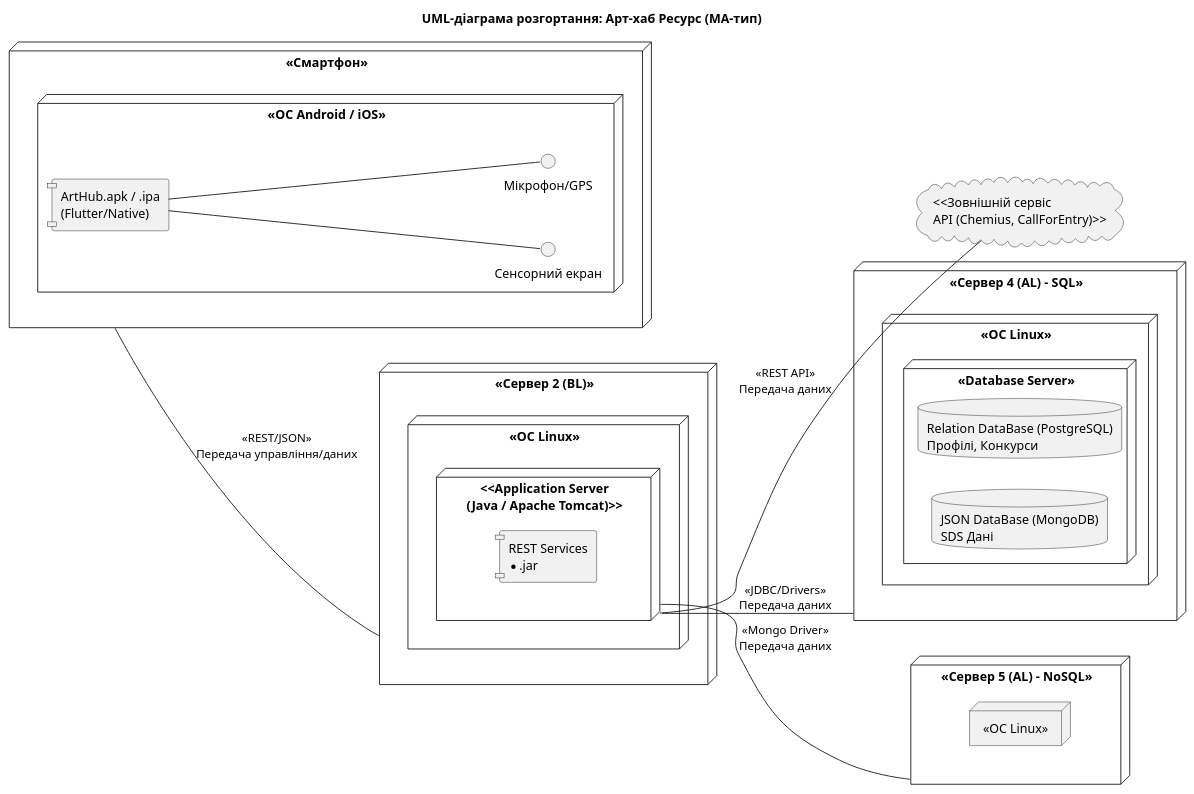
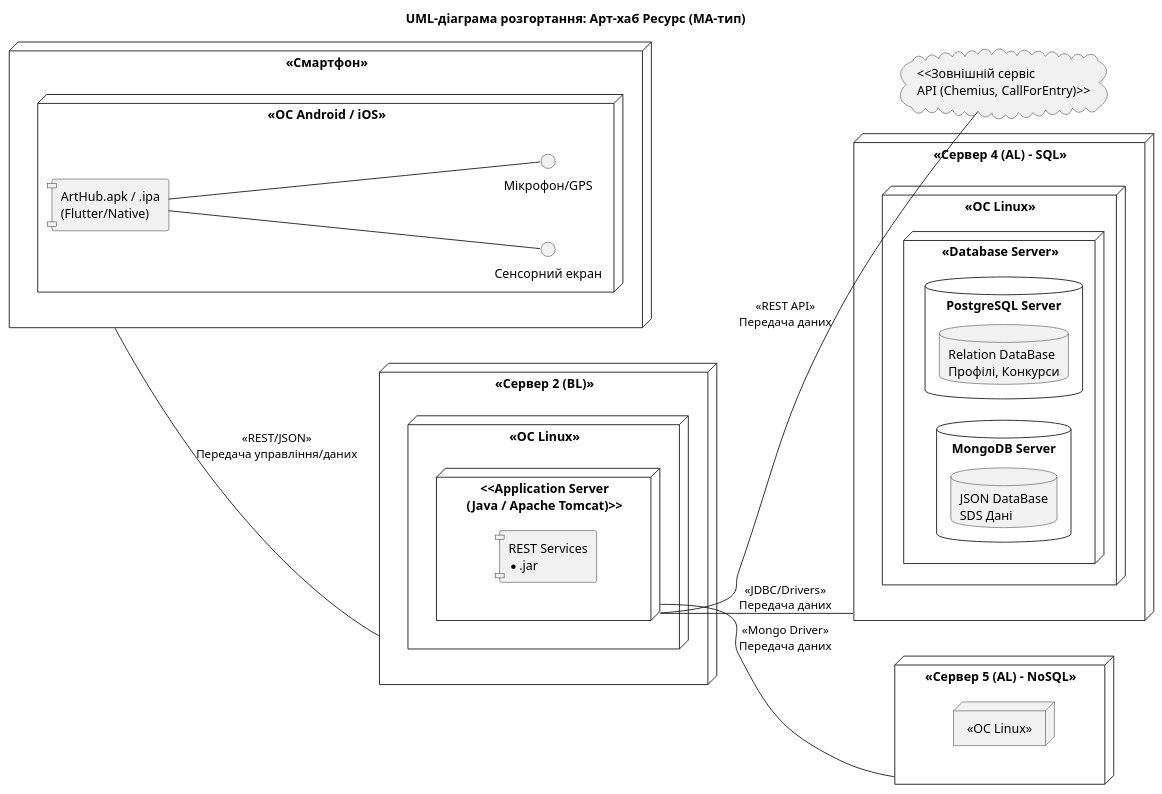
One commit to xiaomaliarenko/SW changed the diagram in UML-Deployment.puml. Above: the diagram before and after it, drawn with PlantUML.

```diff
--- a/UML-Deployment.puml
+++ b/UML-Deployment.puml
@@ -1,68 +1,75 @@
 @startuml
 title UML-діаграма розгортання: Арт-хаб Ресурс (MA-тип)
 
 left to right direction
 skinparam componentStyle uml1
 
 ' =================================================================
 ' 1. PL (Presentation Level) - Клієнт
 ' =================================================================
 node "<<Смартфон>>" as Client {
     node "<<OC Android / iOS>>" as OS_Mobile {
         component [ArtHub.apk / .ipa\n(Flutter/Native)] as ClientApp
         
         interface "Сенсорний екран" as Screen
         interface "Мікрофон/GPS" as Mic
         
         ClientApp -down- Screen
         ClientApp -down- Mic
     }
 }
 
 ' =================================================================
 ' 2. BL (Business Level) - Сервер застосунків
 ' =================================================================
 node "<<Сервер 2 (BL)>>" as BLServer {
     node "<<OC Linux>>" as BL_OS {
         node "<<Application Server\n(Java / Apache Tomcat)>>" as AppServer {
             component [REST Services\n*.jar] as BusinessLogic
         }
     }
 }
 
 ' =================================================================
-' 3. AL (Access Level) - Сервери даних (Розділені)
+' 3. AL (Access Level) - Сервери даних (Розділені та Виправлені)
 ' =================================================================
+
+' Сервер 4: PostgreSQL (Виправлено: вкладення без символу зв'язку --)
 node "<<Сервер 4 (AL) - SQL>>" as ALServerRel {
     node "<<OC Linux>>" as AL_OS_Rel {
         node "<<Database Server>>" {
-            database "Relation DataBase (PostgreSQL)\nПрофілі, Конкурси" as RelationDB
+            database "PostgreSQL Server" as PGServer {
+                database "Relation DataBase\nПрофілі, Конкурси" as RelationDB
+            }
         }
     }
 }
 
+' Сервер 5: MongoDB (Виправлено: вкладення без символу зв'язку --)
 node "<<Сервер 5 (AL) - NoSQL>>" as ALServerNoSql {
     node "<<OC Linux>>" as AL_OS_NoSql {
         node "<<Database Server>>" {
-            database "JSON DataBase (MongoDB)\nSDS Дані" as JSONDB
+            database "MongoDB Server" as MongoServer {
+                database "JSON DataBase\nSDS Дані" as JSONDB
+            }
         }
     }
 }
 
 
 ' =================================================================
 ' ЗВ'ЯЗКИ (Control & Data Flow)
 ' =================================================================
 ' PL <-> BL
 Client -- BLServer : <<REST/JSON>>\nПередача управління/даних
 
 ' BL <-> AL
 AppServer -- ALServerRel : <<JDBC/Drivers>>\nПередача даних
 AppServer -- ALServerNoSql : <<Mongo Driver>>\nПередача даних
 
 ' Зв'язки із Зовнішніми API
 cloud "<<Зовнішній сервіс\nAPI (Chemius, CallForEntry)>>" as ExternalAPI
 
 AppServer -- ExternalAPI : <<REST API>>\nПередача даних
 
 @enduml
```
